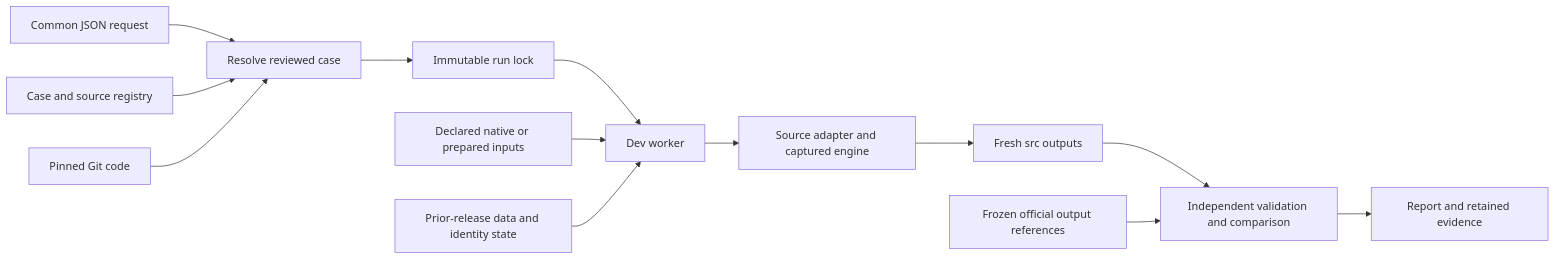
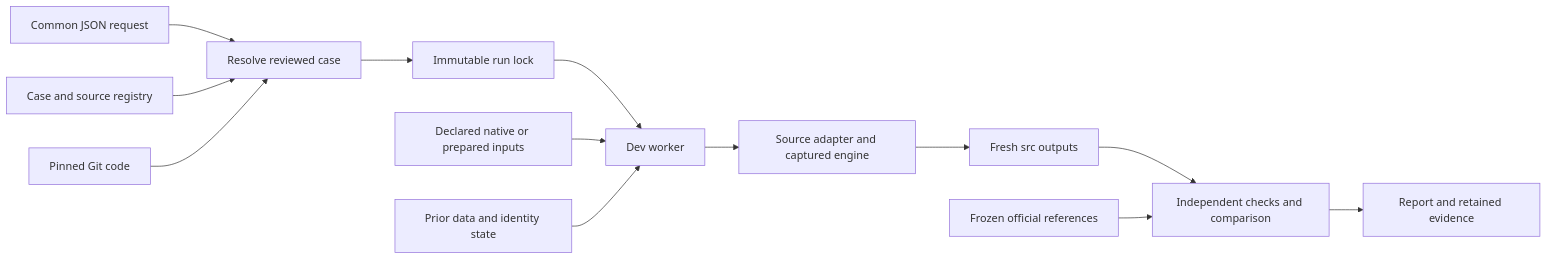
One commit to WestCoastInformatics/meme-inversion changed the diagram in docs/inversion-review/common-interface.md. Above: the diagram before and after it, drawn with Mermaid. The commit also changed other lines of this file and 30 other files, not shown here.

````diff
--- a/docs/inversion-review/common-interface.md
+++ b/docs/inversion-review/common-interface.md
@@ -40,15 +38,15 @@
 ```mermaid
 flowchart LR
     Request[Common JSON request] --> Resolver[Resolve reviewed case]
     Catalog[Case and source registry] --> Resolver
     Git[Pinned Git code] --> Resolver
     Resolver --> Lock[Immutable run lock]
     Lock --> Worker[Dev worker]
     Inputs[Declared native or prepared inputs] --> Worker
-    Prior[Prior-release data and identity state] --> Worker
+    Prior[Prior data and identity state] --> Worker
     Worker --> Adapter[Source adapter and captured engine]
     Adapter --> Fresh[Fresh src outputs]
-    Fresh --> Checks[Independent validation and comparison]
-    Official[Frozen official output references] --> Checks
+    Fresh --> Checks[Independent checks and comparison]
+    Official[Frozen official references] --> Checks
     Checks --> Report[Report and retained evidence]
 ```
````
